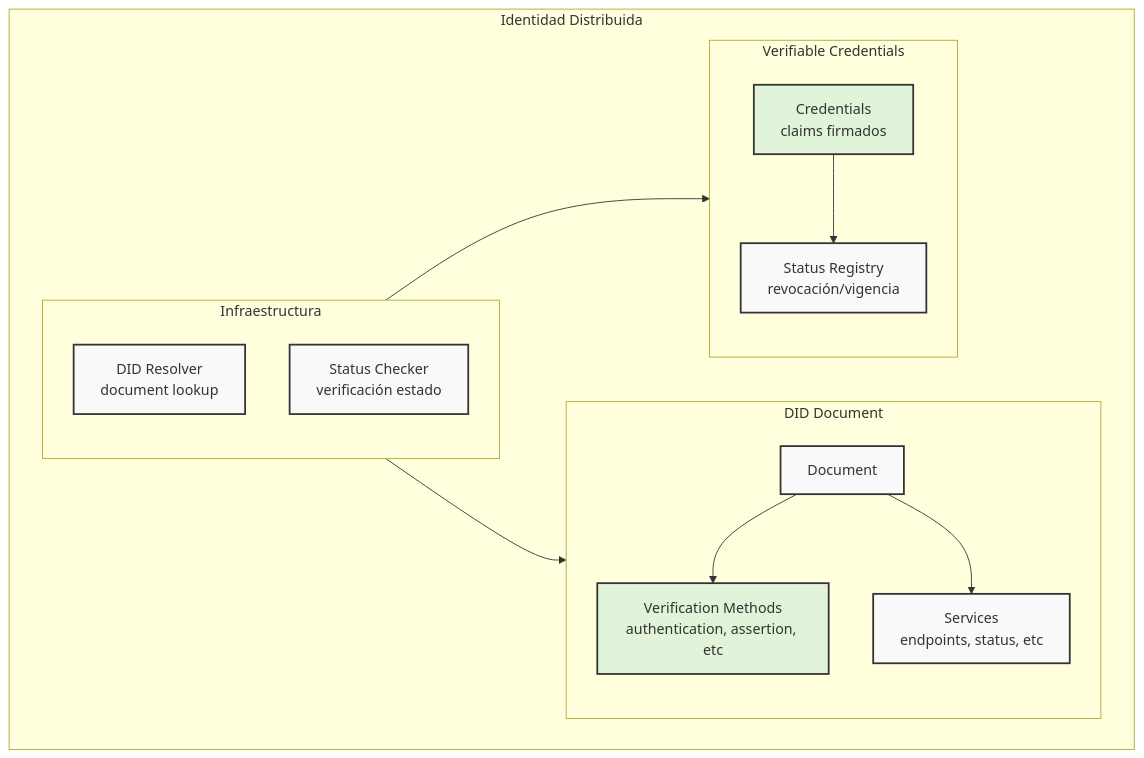
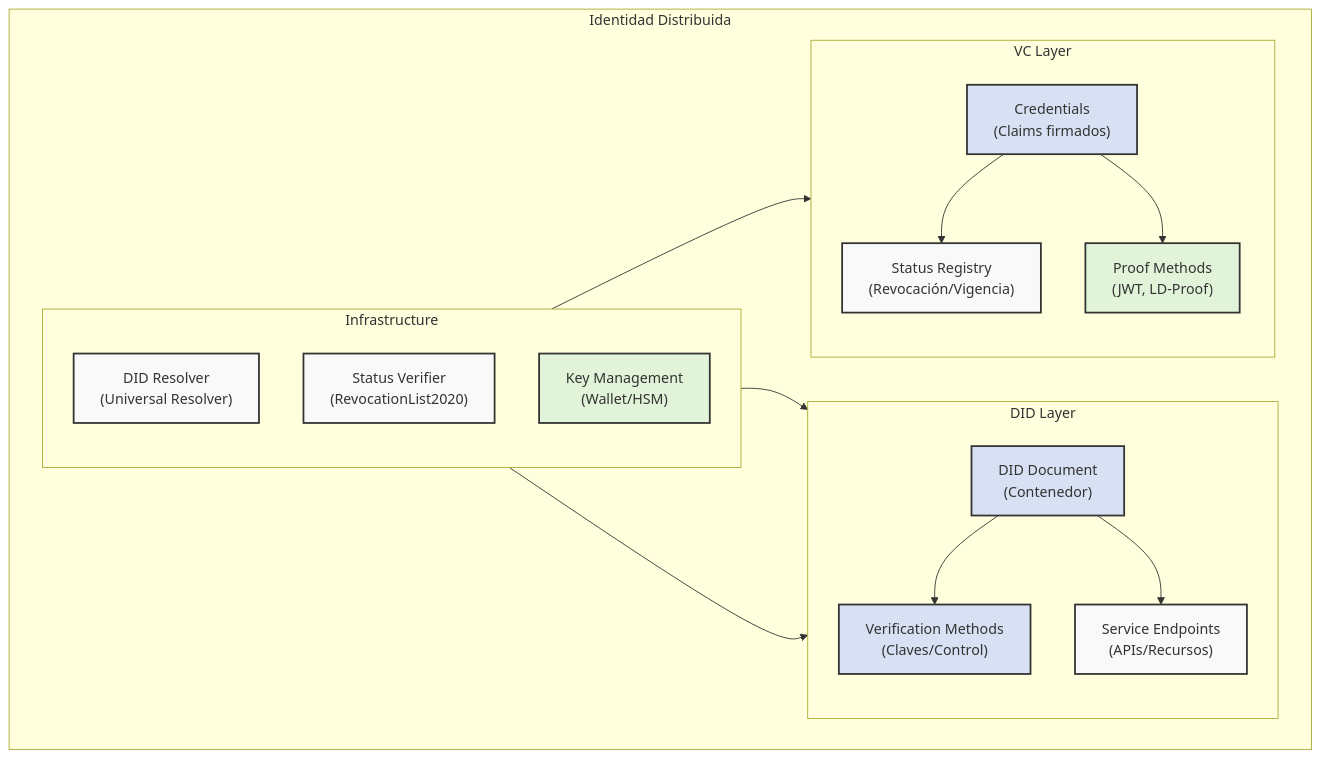
One commit to red-isbe/isbe-contracts changed the first of 6 diagrams in docs/erc-3643/02_patron_identidad_distribuida.md. Above: the diagram before and after it, drawn with Mermaid. The commit also changed other lines of this file, not shown here.

````diff
--- a/docs/erc-3643/02_patron_identidad_distribuida.md
+++ b/docs/erc-3643/02_patron_identidad_distribuida.md
@@ -26,32 +26,38 @@
 ```mermaid
 graph TB
     subgraph "Identidad Distribuida"
-        subgraph DID[DID Document]
+        subgraph "DID Layer"
             direction TB
-            Doc[Document]
-            VM[Verification Methods<br/>authentication, assertion, etc]
-            Svc[Services<br/>endpoints, status, etc]
+            Doc["DID Document<br/>(Contenedor)"]
+            VM["Verification Methods<br/>(Claves/Control)"]
+            Svc["Service Endpoints<br/>(APIs/Recursos)"]
             Doc --> VM
             Doc --> Svc
         end
         
-        subgraph VCs[Verifiable Credentials]
+        subgraph "VC Layer"
             direction TB
-            Cred[Credentials<br/>claims firmados]
-            St[Status Registry<br/>revocación/vigencia]
+            Cred["Credentials<br/>(Claims firmados)"]
+            St["Status Registry<br/>(Revocación/Vigencia)"]
+            Proof["Proof Methods<br/>(JWT, LD-Proof)"]
             Cred --> St
+            Cred --> Proof
         end
         
-        subgraph Infrastructure[Infraestructura]
+        subgraph "Infrastructure"
             direction TB
-            Res[DID Resolver<br/>document lookup]
-            StatusCheck[Status Checker<br/>verificación estado]
+            Res["DID Resolver<br/>(Universal Resolver)"]
+            StatusCheck["Status Verifier<br/>(RevocationList2020)"]
+            KeyStore["Key Management<br/>(Wallet/HSM)"]
             Res --> Doc
             StatusCheck --> St
+            KeyStore --> VM
         end
     end
 
     classDef default fill:#f9f9f9,stroke:#333,stroke-width:2px;
     classDef highlight fill:#e1f3d8,stroke:#333,stroke-width:2px;
-    class Cred,VM highlight
+    classDef core fill:#d8e1f3,stroke:#333,stroke-width:2px;
+    class Doc,VM,Cred core;
+    class Proof,KeyStore highlight;
 ```
````
